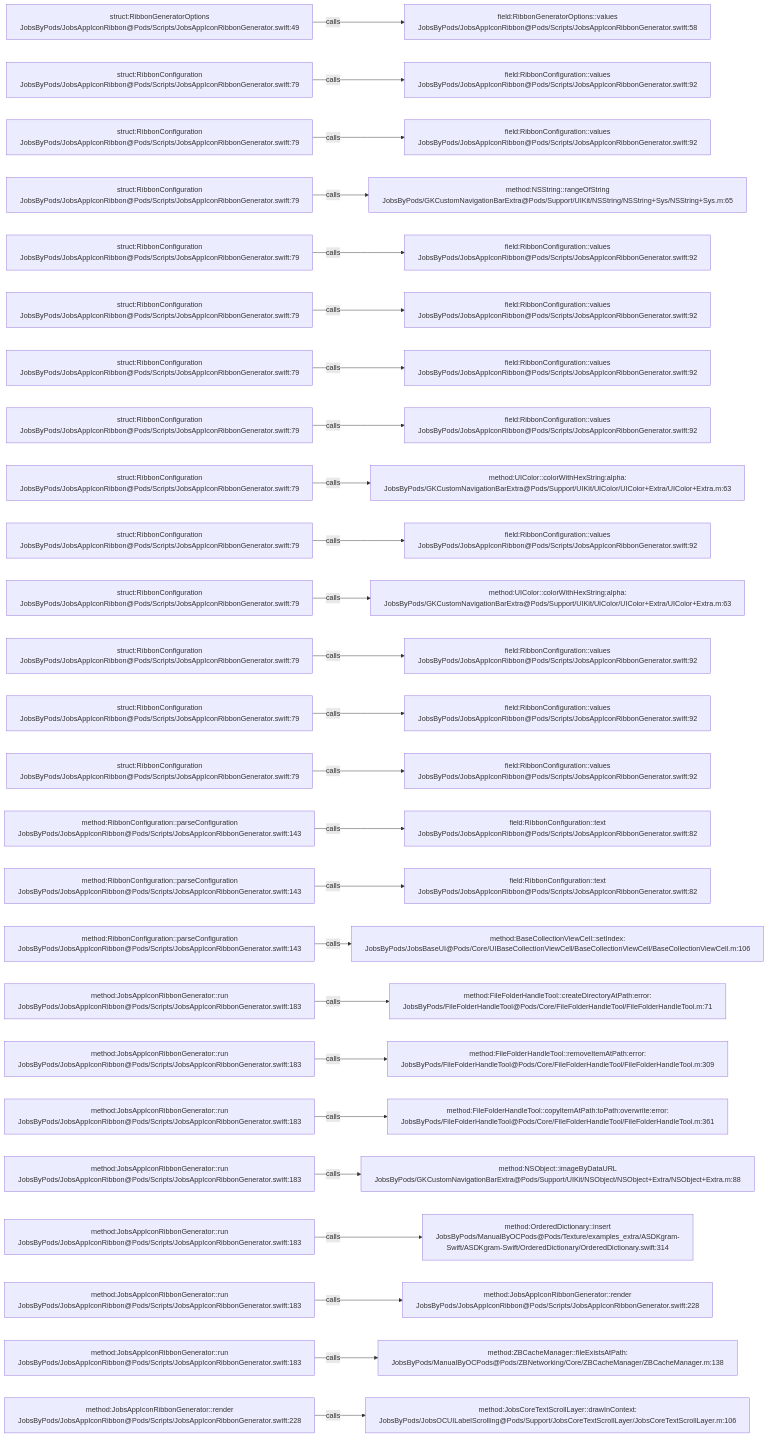
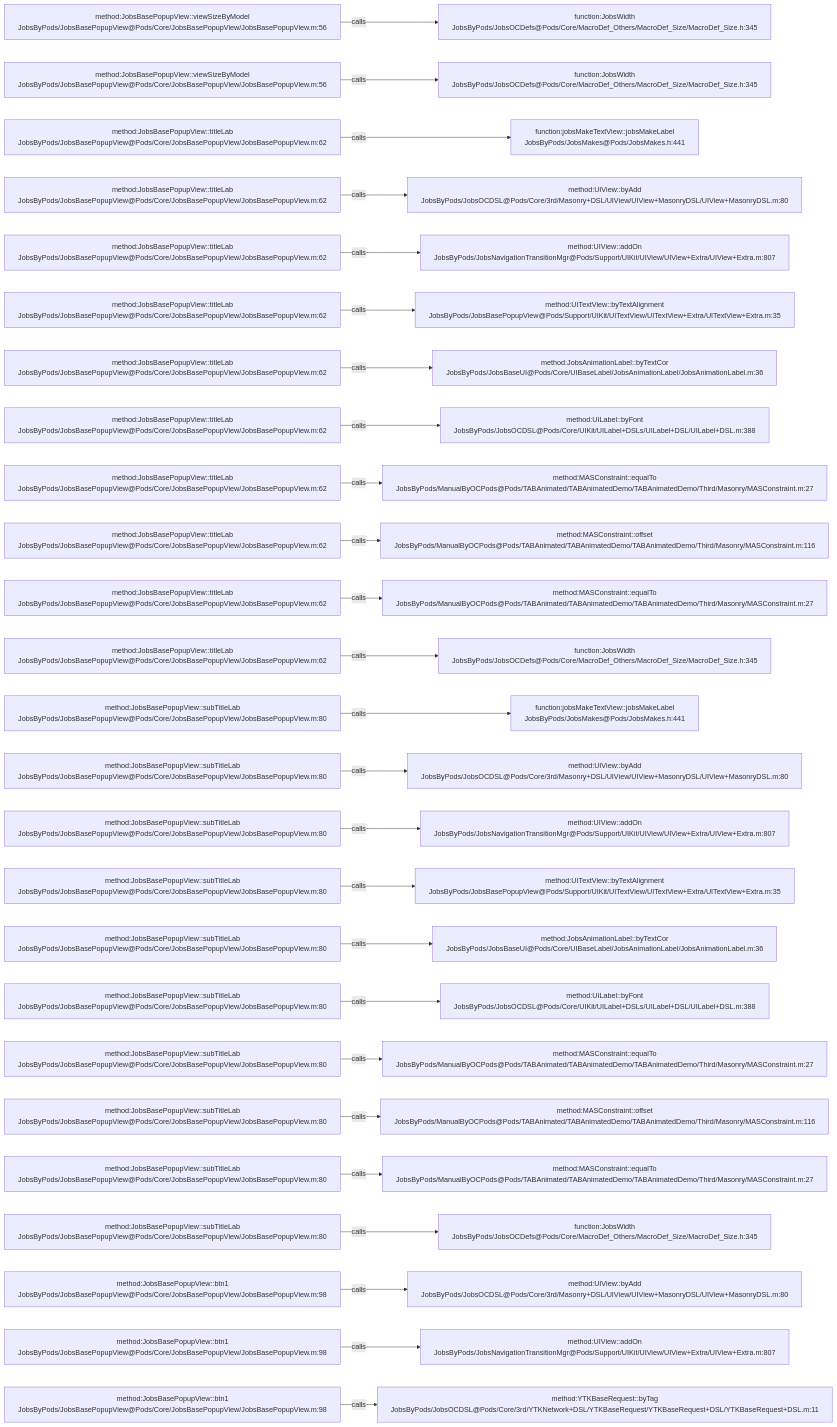
One commit to JobsKits/JobsOCBaseConfigDemo changed the diagram in .codegraph/codegraph.md/graphs/calls-197.md. Above: the diagram before and after it, drawn with Mermaid. The commit also changed 223 other files, not shown here.

````diff
--- a/.codegraph/codegraph.md/graphs/calls-197.md
+++ b/.codegraph/codegraph.md/graphs/calls-197.md
@@ -13,78 +13,78 @@
 ```mermaid
 flowchart LR
-  S1["struct:RibbonGeneratorOptions<br/>JobsByPods/JobsAppIconRibbon@Pods/Scripts/JobsAppIconRibbonGenerator.swift:49"]
-  T1["field:RibbonGeneratorOptions::values<br/>JobsByPods/JobsAppIconRibbon@Pods/Scripts/JobsAppIconRibbonGenerator.swift:58"]
+  S1["method:JobsBasePopupView::viewSizeByModel<br/>JobsByPods/JobsBasePopupView@Pods/Core/JobsBasePopupView/JobsBasePopupView.m:56"]
+  T1["function:JobsWidth<br/>JobsByPods/JobsOCDefs@Pods/Core/MacroDef_Others/MacroDef_Size/MacroDef_Size.h:345"]
   S1 -->|calls| T1
-  S2["struct:RibbonConfiguration<br/>JobsByPods/JobsAppIconRibbon@Pods/Scripts/JobsAppIconRibbonGenerator.swift:79"]
-  T2["field:RibbonConfiguration::values<br/>JobsByPods/JobsAppIconRibbon@Pods/Scripts/JobsAppIconRibbonGenerator.swift:92"]
+  S2["method:JobsBasePopupView::viewSizeByModel<br/>JobsByPods/JobsBasePopupView@Pods/Core/JobsBasePopupView/JobsBasePopupView.m:56"]
+  T2["function:JobsWidth<br/>JobsByPods/JobsOCDefs@Pods/Core/MacroDef_Others/MacroDef_Size/MacroDef_Size.h:345"]
   S2 -->|calls| T2
-  S3["struct:RibbonConfiguration<br/>JobsByPods/JobsAppIconRibbon@Pods/Scripts/JobsAppIconRibbonGenerator.swift:79"]
-  T3["field:RibbonConfiguration::values<br/>JobsByPods/JobsAppIconRibbon@Pods/Scripts/JobsAppIconRibbonGenerator.swift:92"]
+  S3["method:JobsBasePopupView::titleLab<br/>JobsByPods/JobsBasePopupView@Pods/Core/JobsBasePopupView/JobsBasePopupView.m:62"]
+  T3["function:jobsMakeTextView::jobsMakeLabel<br/>JobsByPods/JobsMakes@Pods/JobsMakes.h:441"]
   S3 -->|calls| T3
-  S4["struct:RibbonConfiguration<br/>JobsByPods/JobsAppIconRibbon@Pods/Scripts/JobsAppIconRibbonGenerator.swift:79"]
-  T4["method:NSString::rangeOfString<br/>JobsByPods/GKCustomNavigationBarExtra@Pods/Support/UIKit/NSString/NSString+Sys/NSString+Sys.m:65"]
+  S4["method:JobsBasePopupView::titleLab<br/>JobsByPods/JobsBasePopupView@Pods/Core/JobsBasePopupView/JobsBasePopupView.m:62"]
+  T4["method:UIView::byAdd<br/>JobsByPods/JobsOCDSL@Pods/Core/3rd/Masonry+DSL/UIView/UIView+MasonryDSL/UIView+MasonryDSL.m:80"]
   S4 -->|calls| T4
-  S5["struct:RibbonConfiguration<br/>JobsByPods/JobsAppIconRibbon@Pods/Scripts/JobsAppIconRibbonGenerator.swift:79"]
-  T5["field:RibbonConfiguration::values<br/>JobsByPods/JobsAppIconRibbon@Pods/Scripts/JobsAppIconRibbonGenerator.swift:92"]
+  S5["method:JobsBasePopupView::titleLab<br/>JobsByPods/JobsBasePopupView@Pods/Core/JobsBasePopupView/JobsBasePopupView.m:62"]
+  T5["method:UIView::addOn<br/>JobsByPods/JobsNavigationTransitionMgr@Pods/Support/UIKit/UIView/UIView+Extra/UIView+Extra.m:807"]
   S5 -->|calls| T5
-  S6["struct:RibbonConfiguration<br/>JobsByPods/JobsAppIconRibbon@Pods/Scripts/JobsAppIconRibbonGenerator.swift:79"]
-  T6["field:RibbonConfiguration::values<br/>JobsByPods/JobsAppIconRibbon@Pods/Scripts/JobsAppIconRibbonGenerator.swift:92"]
+  S6["method:JobsBasePopupView::titleLab<br/>JobsByPods/JobsBasePopupView@Pods/Core/JobsBasePopupView/JobsBasePopupView.m:62"]
+  T6["method:UITextView::byTextAlignment<br/>JobsByPods/JobsBasePopupView@Pods/Support/UIKit/UITextView/UITextView+Extra/UITextView+Extra.m:35"]
   S6 -->|calls| T6
-  S7["struct:RibbonConfiguration<br/>JobsByPods/JobsAppIconRibbon@Pods/Scripts/JobsAppIconRibbonGenerator.swift:79"]
-  T7["field:RibbonConfiguration::values<br/>JobsByPods/JobsAppIconRibbon@Pods/Scripts/JobsAppIconRibbonGenerator.swift:92"]
+  S7["method:JobsBasePopupView::titleLab<br/>JobsByPods/JobsBasePopupView@Pods/Core/JobsBasePopupView/JobsBasePopupView.m:62"]
+  T7["method:JobsAnimationLabel::byTextCor<br/>JobsByPods/JobsBaseUI@Pods/Core/UIBaseLabel/JobsAnimationLabel/JobsAnimationLabel.m:36"]
   S7 -->|calls| T7
-  S8["struct:RibbonConfiguration<br/>JobsByPods/JobsAppIconRibbon@Pods/Scripts/JobsAppIconRibbonGenerator.swift:79"]
-  T8["field:RibbonConfiguration::values<br/>JobsByPods/JobsAppIconRibbon@Pods/Scripts/JobsAppIconRibbonGenerator.swift:92"]
+  S8["method:JobsBasePopupView::titleLab<br/>JobsByPods/JobsBasePopupView@Pods/Core/JobsBasePopupView/JobsBasePopupView.m:62"]
+  T8["method:UILabel::byFont<br/>JobsByPods/JobsOCDSL@Pods/Core/UIKit/UILabel+DSLs/UILabel+DSL/UILabel+DSL.m:388"]
   S8 -->|calls| T8
-  S9["struct:RibbonConfiguration<br/>JobsByPods/JobsAppIconRibbon@Pods/Scripts/JobsAppIconRibbonGenerator.swift:79"]
-  T9["method:UIColor::colorWithHexString:alpha:<br/>JobsByPods/GKCustomNavigationBarExtra@Pods/Support/UIKit/UIColor/UIColor+Extra/UIColor+Extra.m:63"]
+  S9["method:JobsBasePopupView::titleLab<br/>JobsByPods/JobsBasePopupView@Pods/Core/JobsBasePopupView/JobsBasePopupView.m:62"]
+  T9["method:MASConstraint::equalTo<br/>JobsByPods/ManualByOCPods@Pods/TABAnimated/TABAnimatedDemo/TABAnimatedDemo/Third/Masonry/MASConstraint.m:27"]
   S9 -->|calls| T9
-  S10["struct:RibbonConfiguration<br/>JobsByPods/JobsAppIconRibbon@Pods/Scripts/JobsAppIconRibbonGenerator.swift:79"]
-  T10["field:RibbonConfiguration::values<br/>JobsByPods/JobsAppIconRibbon@Pods/Scripts/JobsAppIconRibbonGenerator.swift:92"]
+  S10["method:JobsBasePopupView::titleLab<br/>JobsByPods/JobsBasePopupView@Pods/Core/JobsBasePopupView/JobsBasePopupView.m:62"]
+  T10["method:MASConstraint::offset<br/>JobsByPods/ManualByOCPods@Pods/TABAnimated/TABAnimatedDemo/TABAnimatedDemo/Third/Masonry/MASConstraint.m:116"]
   S10 -->|calls| T10
-  S11["struct:RibbonConfiguration<br/>JobsByPods/JobsAppIconRibbon@Pods/Scripts/JobsAppIconRibbonGenerator.swift:79"]
-  T11["method:UIColor::colorWithHexString:alpha:<br/>JobsByPods/GKCustomNavigationBarExtra@Pods/Support/UIKit/UIColor/UIColor+Extra/UIColor+Extra.m:63"]
+  S11["method:JobsBasePopupView::titleLab<br/>JobsByPods/JobsBasePopupView@Pods/Core/JobsBasePopupView/JobsBasePopupView.m:62"]
+  T11["method:MASConstraint::equalTo<br/>JobsByPods/ManualByOCPods@Pods/TABAnimated/TABAnimatedDemo/TABAnimatedDemo/Third/Masonry/MASConstraint.m:27"]
   S11 -->|calls| T11
-  S12["struct:RibbonConfiguration<br/>JobsByPods/JobsAppIconRibbon@Pods/Scripts/JobsAppIconRibbonGenerator.swift:79"]
-  T12["field:RibbonConfiguration::values<br/>JobsByPods/JobsAppIconRibbon@Pods/Scripts/JobsAppIconRibbonGenerator.swift:92"]
+  S12["method:JobsBasePopupView::titleLab<br/>JobsByPods/JobsBasePopupView@Pods/Core/JobsBasePopupView/JobsBasePopupView.m:62"]
+  T12["function:JobsWidth<br/>JobsByPods/JobsOCDefs@Pods/Core/MacroDef_Others/MacroDef_Size/MacroDef_Size.h:345"]
   S12 -->|calls| T12
-  S13["struct:RibbonConfiguration<br/>JobsByPods/JobsAppIconRibbon@Pods/Scripts/JobsAppIconRibbonGenerator.swift:79"]
-  T13["field:RibbonConfiguration::values<br/>JobsByPods/JobsAppIconRibbon@Pods/Scripts/JobsAppIconRibbonGenerator.swift:92"]
+  S13["method:JobsBasePopupView::subTitleLab<br/>JobsByPods/JobsBasePopupView@Pods/Core/JobsBasePopupView/JobsBasePopupView.m:80"]
+  T13["function:jobsMakeTextView::jobsMakeLabel<br/>JobsByPods/JobsMakes@Pods/JobsMakes.h:441"]
   S13 -->|calls| T13
-  S14["struct:RibbonConfiguration<br/>JobsByPods/JobsAppIconRibbon@Pods/Scripts/JobsAppIconRibbonGenerator.swift:79"]
-  T14["field:RibbonConfiguration::values<br/>JobsByPods/JobsAppIconRibbon@Pods/Scripts/JobsAppIconRibbonGenerator.swift:92"]
+  S14["method:JobsBasePopupView::subTitleLab<br/>JobsByPods/JobsBasePopupView@Pods/Core/JobsBasePopupView/JobsBasePopupView.m:80"]
+  T14["method:UIView::byAdd<br/>JobsByPods/JobsOCDSL@Pods/Core/3rd/Masonry+DSL/UIView/UIView+MasonryDSL/UIView+MasonryDSL.m:80"]
   S14 -->|calls| T14
-  S15["method:RibbonConfiguration::parseConfiguration<br/>JobsByPods/JobsAppIconRibbon@Pods/Scripts/JobsAppIconRibbonGenerator.swift:143"]
-  T15["field:RibbonConfiguration::text<br/>JobsByPods/JobsAppIconRibbon@Pods/Scripts/JobsAppIconRibbonGenerator.swift:82"]
+  S15["method:JobsBasePopupView::subTitleLab<br/>JobsByPods/JobsBasePopupView@Pods/Core/JobsBasePopupView/JobsBasePopupView.m:80"]
+  T15["method:UIView::addOn<br/>JobsByPods/JobsNavigationTransitionMgr@Pods/Support/UIKit/UIView/UIView+Extra/UIView+Extra.m:807"]
   S15 -->|calls| T15
-  S16["method:RibbonConfiguration::parseConfiguration<br/>JobsByPods/JobsAppIconRibbon@Pods/Scripts/JobsAppIconRibbonGenerator.swift:143"]
-  T16["field:RibbonConfiguration::text<br/>JobsByPods/JobsAppIconRibbon@Pods/Scripts/JobsAppIconRibbonGenerator.swift:82"]
+  S16["method:JobsBasePopupView::subTitleLab<br/>JobsByPods/JobsBasePopupView@Pods/Core/JobsBasePopupView/JobsBasePopupView.m:80"]
+  T16["method:UITextView::byTextAlignment<br/>JobsByPods/JobsBasePopupView@Pods/Support/UIKit/UITextView/UITextView+Extra/UITextView+Extra.m:35"]
   S16 -->|calls| T16
-  S17["method:RibbonConfiguration::parseConfiguration<br/>JobsByPods/JobsAppIconRibbon@Pods/Scripts/JobsAppIconRibbonGenerator.swift:143"]
-  T17["method:BaseCollectionViewCell::setIndex:<br/>JobsByPods/JobsBaseUI@Pods/Core/UIBaseCollectionViewCell/BaseCollectionViewCell/BaseCollectionViewCell.m:106"]
+  S17["method:JobsBasePopupView::subTitleLab<br/>JobsByPods/JobsBasePopupView@Pods/Core/JobsBasePopupView/JobsBasePopupView.m:80"]
+  T17["method:JobsAnimationLabel::byTextCor<br/>JobsByPods/JobsBaseUI@Pods/Core/UIBaseLabel/JobsAnimationLabel/JobsAnimationLabel.m:36"]
   S17 -->|calls| T17
-  S18["method:JobsAppIconRibbonGenerator::run<br/>JobsByPods/JobsAppIconRibbon@Pods/Scripts/JobsAppIconRibbonGenerator.swift:183"]
-  T18["method:FileFolderHandleTool::createDirectoryAtPath:error:<br/>JobsByPods/FileFolderHandleTool@Pods/Core/FileFolderHandleTool/FileFolderHandleTool.m:71"]
+  S18["method:JobsBasePopupView::subTitleLab<br/>JobsByPods/JobsBasePopupView@Pods/Core/JobsBasePopupView/JobsBasePopupView.m:80"]
+  T18["method:UILabel::byFont<br/>JobsByPods/JobsOCDSL@Pods/Core/UIKit/UILabel+DSLs/UILabel+DSL/UILabel+DSL.m:388"]
   S18 -->|calls| T18
-  S19["method:JobsAppIconRibbonGenerator::run<br/>JobsByPods/JobsAppIconRibbon@Pods/Scripts/JobsAppIconRibbonGenerator.swift:183"]
-  T19["method:FileFolderHandleTool::removeItemAtPath:error:<br/>JobsByPods/FileFolderHandleTool@Pods/Core/FileFolderHandleTool/FileFolderHandleTool.m:309"]
+  S19["method:JobsBasePopupView::subTitleLab<br/>JobsByPods/JobsBasePopupView@Pods/Core/JobsBasePopupView/JobsBasePopupView.m:80"]
+  T19["method:MASConstraint::equalTo<br/>JobsByPods/ManualByOCPods@Pods/TABAnimated/TABAnimatedDemo/TABAnimatedDemo/Third/Masonry/MASConstraint.m:27"]
   S19 -->|calls| T19
-  S20["method:JobsAppIconRibbonGenerator::run<br/>JobsByPods/JobsAppIconRibbon@Pods/Scripts/JobsAppIconRibbonGenerator.swift:183"]
-  T20["method:FileFolderHandleTool::copyItemAtPath:toPath:overwrite:error:<br/>JobsByPods/FileFolderHandleTool@Pods/Core/FileFolderHandleTool/FileFolderHandleTool.m:361"]
+  S20["method:JobsBasePopupView::subTitleLab<br/>JobsByPods/JobsBasePopupView@Pods/Core/JobsBasePopupView/JobsBasePopupView.m:80"]
+  T20["method:MASConstraint::offset<br/>JobsByPods/ManualByOCPods@Pods/TABAnimated/TABAnimatedDemo/TABAnimatedDemo/Third/Masonry/MASConstraint.m:116"]
   S20 -->|calls| T20
-  S21["method:JobsAppIconRibbonGenerator::run<br/>JobsByPods/JobsAppIconRibbon@Pods/Scripts/JobsAppIconRibbonGenerator.swift:183"]
-  T21["method:NSObject::imageByDataURL<br/>JobsByPods/GKCustomNavigationBarExtra@Pods/Support/UIKit/NSObject/NSObject+Extra/NSObject+Extra.m:88"]
+  S21["method:JobsBasePopupView::subTitleLab<br/>JobsByPods/JobsBasePopupView@Pods/Core/JobsBasePopupView/JobsBasePopupView.m:80"]
+  T21["method:MASConstraint::equalTo<br/>JobsByPods/ManualByOCPods@Pods/TABAnimated/TABAnimatedDemo/TABAnimatedDemo/Third/Masonry/MASConstraint.m:27"]
   S21 -->|calls| T21
-  S22["method:JobsAppIconRibbonGenerator::run<br/>JobsByPods/JobsAppIconRibbon@Pods/Scripts/JobsAppIconRibbonGenerator.swift:183"]
-  T22["method:OrderedDictionary::insert<br/>JobsByPods/ManualByOCPods@Pods/Texture/examples_extra/ASDKgram-Swift/ASDKgram-Swift/OrderedDictionary/OrderedDictionary.swift:314"]
+  S22["method:JobsBasePopupView::subTitleLab<br/>JobsByPods/JobsBasePopupView@Pods/Core/JobsBasePopupView/JobsBasePopupView.m:80"]
+  T22["function:JobsWidth<br/>JobsByPods/JobsOCDefs@Pods/Core/MacroDef_Others/MacroDef_Size/MacroDef_Size.h:345"]
   S22 -->|calls| T22
-  S23["method:JobsAppIconRibbonGenerator::run<br/>JobsByPods/JobsAppIconRibbon@Pods/Scripts/JobsAppIconRibbonGenerator.swift:183"]
-  T23["method:JobsAppIconRibbonGenerator::render<br/>JobsByPods/JobsAppIconRibbon@Pods/Scripts/JobsAppIconRibbonGenerator.swift:228"]
+  S23["method:JobsBasePopupView::btn1<br/>JobsByPods/JobsBasePopupView@Pods/Core/JobsBasePopupView/JobsBasePopupView.m:98"]
+  T23["method:UIView::byAdd<br/>JobsByPods/JobsOCDSL@Pods/Core/3rd/Masonry+DSL/UIView/UIView+MasonryDSL/UIView+MasonryDSL.m:80"]
   S23 -->|calls| T23
-  S24["method:JobsAppIconRibbonGenerator::run<br/>JobsByPods/JobsAppIconRibbon@Pods/Scripts/JobsAppIconRibbonGenerator.swift:183"]
-  T24["method:ZBCacheManager::fileExistsAtPath:<br/>JobsByPods/ManualByOCPods@Pods/ZBNetworking/Core/ZBCacheManager/ZBCacheManager.m:138"]
+  S24["method:JobsBasePopupView::btn1<br/>JobsByPods/JobsBasePopupView@Pods/Core/JobsBasePopupView/JobsBasePopupView.m:98"]
+  T24["method:UIView::addOn<br/>JobsByPods/JobsNavigationTransitionMgr@Pods/Support/UIKit/UIView/UIView+Extra/UIView+Extra.m:807"]
   S24 -->|calls| T24
-  S25["method:JobsAppIconRibbonGenerator::render<br/>JobsByPods/JobsAppIconRibbon@Pods/Scripts/JobsAppIconRibbonGenerator.swift:228"]
-  T25["method:JobsCoreTextScrollLayer::drawInContext:<br/>JobsByPods/JobsOCUILabelScrolling@Pods/Support/JobsCoreTextScrollLayer/JobsCoreTextScrollLayer.m:106"]
+  S25["method:JobsBasePopupView::btn1<br/>JobsByPods/JobsBasePopupView@Pods/Core/JobsBasePopupView/JobsBasePopupView.m:98"]
+  T25["method:YTKBaseRequest::byTag<br/>JobsByPods/JobsOCDSL@Pods/Core/3rd/YTKNetwork+DSL/YTKBaseRequest/YTKBaseRequest+DSL/YTKBaseRequest+DSL.m:11"]
   S25 -->|calls| T25
 ```
````
